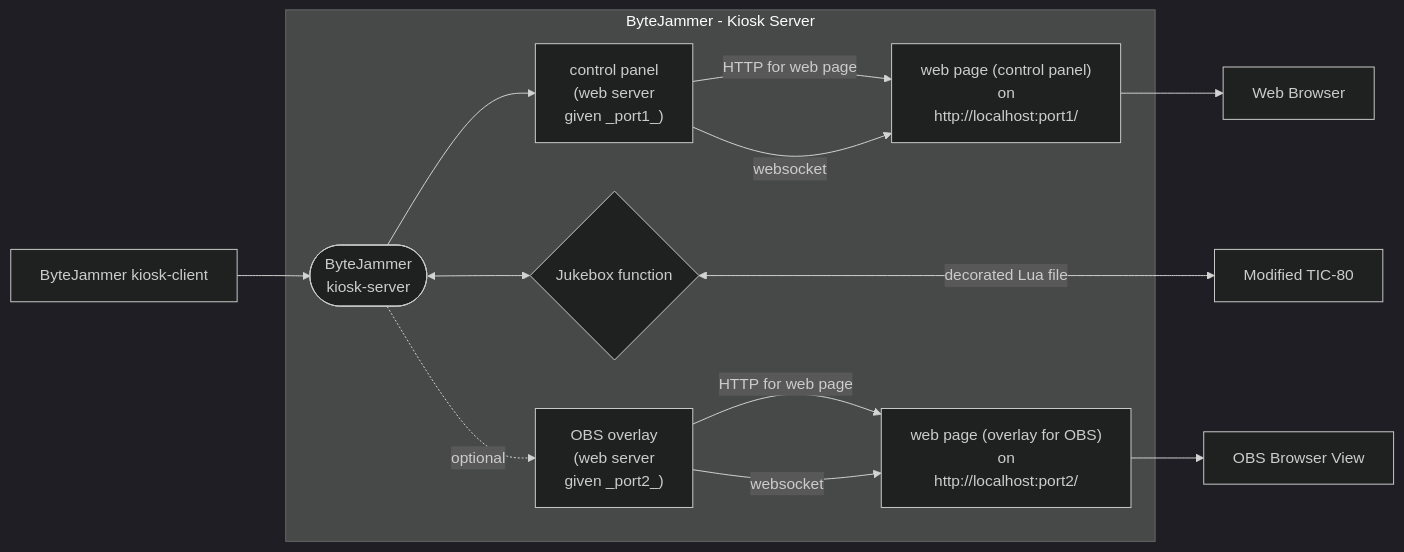
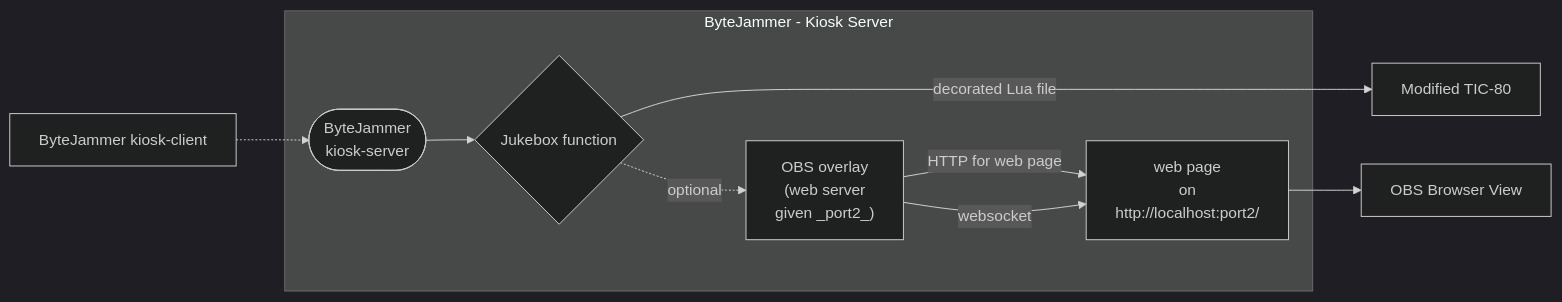
Before and after one commit to creativenucleus/bytejammer2: the fourth of 4 diagrams in readme.md, drawn with Mermaid (dark theme). The commit also changed other lines of this file, not shown here.

Commit message:
Update README with project details and setup instructions

````diff
--- a/readme.md
+++ b/readme.md
@@ -240,28 +240,23 @@
 ```mermaid
 flowchart LR
-    Z[ByteJammer kiosk-client]
-    Z --> A([ByteJammer
-        kiosk-server])
+    _KC[ByteJammer kiosk-client]
     subgraph ByteJammer - Kiosk Server
-    A --> B["control panel
-        (web server
-        given _port1_)"]
-    B --> |HTTP for web page|X["web page (control panel)
-        on
-        http://localhost:port1/
+        BJ([ByteJammer
+            kiosk-server])
+        JUKE{Jukebox function}
+        OBS["OBS overlay
+            (web server
+            given _port2_)"]
+        OBSV["web page
+            on
+            http://localhost:port2/
         "]
-    B --> |websocket|X
-    A <--> C{Jukebox function}
-    A .-> |optional|G["OBS overlay
-        (web server
-        given _port2_)"]
-    G --> |HTTP for web page|F["web page (overlay for OBS)
-        on
-        http://localhost:port2/
-        "]
-    G --> |websocket|F
     end
-    C <---> |decorated Lua file|D[Modified TIC-80]
-    X --> E[Web Browser]
-    F --> H[OBS Browser View]
+    _KC .-> BJ
+    BJ --> JUKE
+    JUKE ----> |decorated Lua file|D[Modified TIC-80]
+    JUKE .-> |optional|OBS
+    OBS --> |HTTP for web page|OBSV
+    OBS --> |websocket|OBSV
+    OBSV --> H[OBS Browser View]
 ```
````
